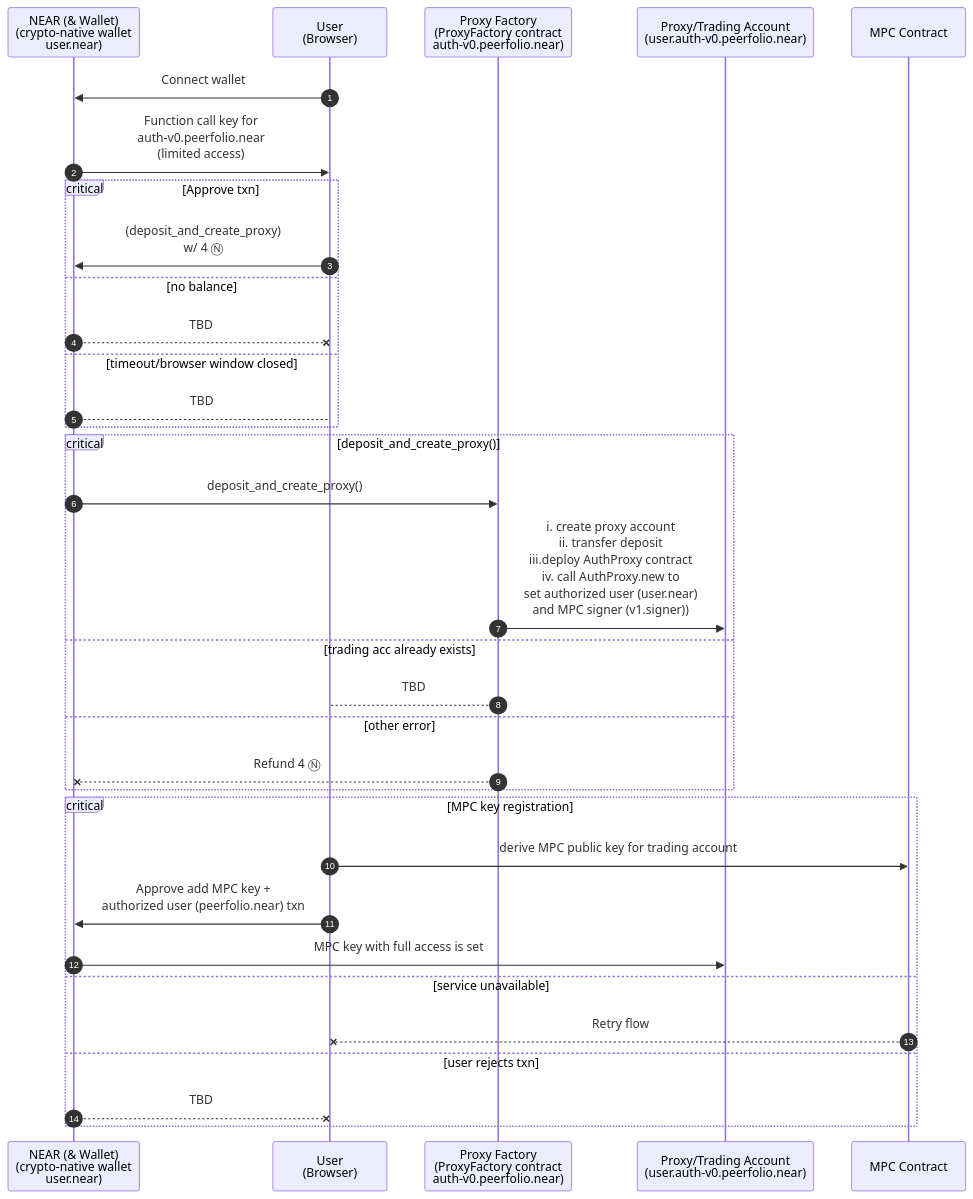
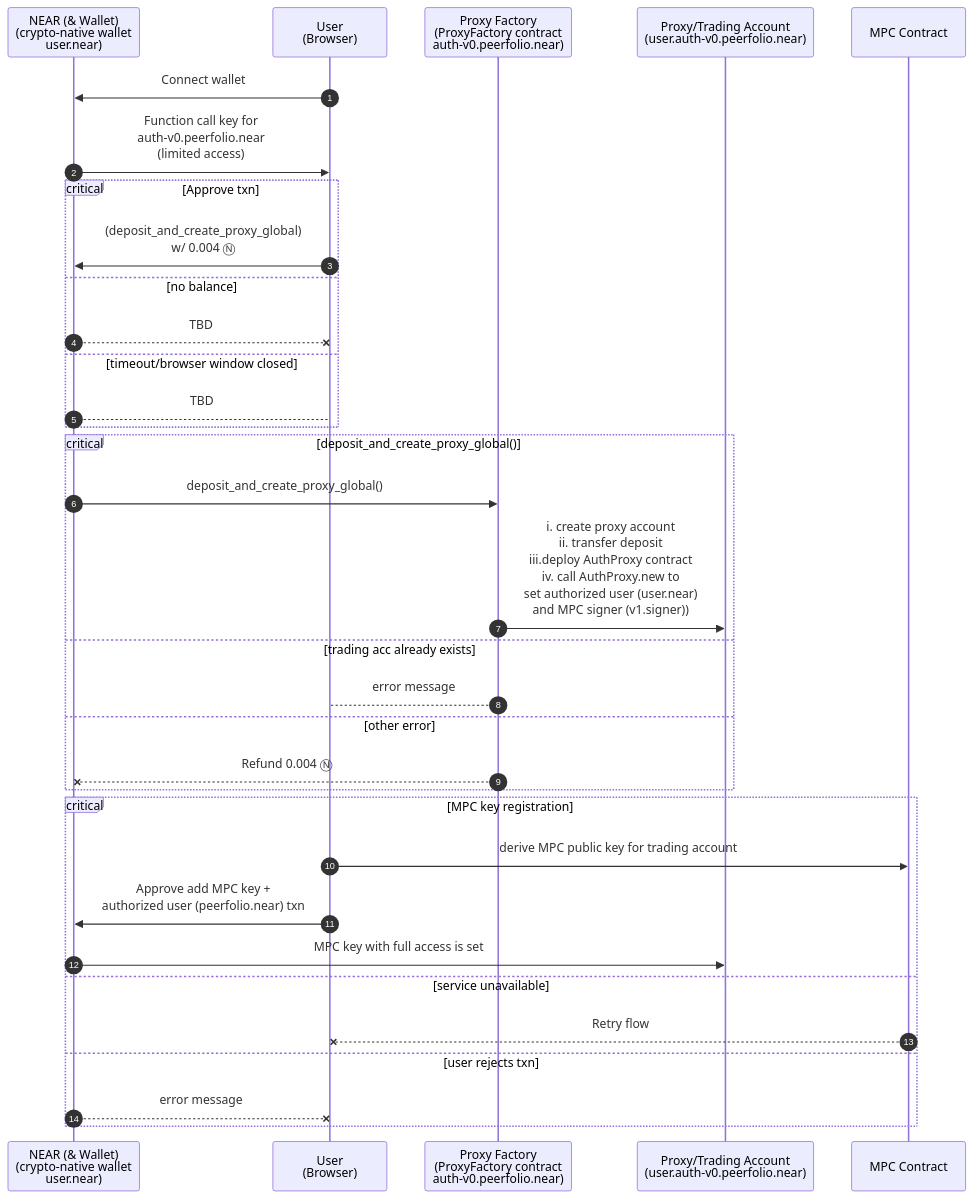
One commit to beneviolabs/ft-allowance-agent changed the first of 2 diagrams in README.md. Above: the diagram before and after it, drawn with Mermaid. The commit also changed other lines of this file, not shown here.

````diff
--- a/README.md
+++ b/README.md
@@ -29,37 +29,37 @@
   ```mermaid
 sequenceDiagram
     autonumber
     participant Wallet as NEAR (& Wallet) <br> (crypto-native wallet<br>user.near)
     participant User as User <br> (Browser)
     participant ProxyFac as Proxy Factory <br>(ProxyFactory contract<br>auth-v0.peerfolio.near)
     participant TradingAcc as Proxy/Trading Account <br>(user.auth-v0.peerfolio.near)
     participant MPC as MPC Contract
 
     User->>Wallet: Connect wallet
     Wallet->>User: Function call key for <br> auth-v0.peerfolio.near <br> (limited access)
     critical Approve txn
-        User->>Wallet: (deposit_and_create_proxy) <br> w/ 4 Ⓝ
+        User->>Wallet: (deposit_and_create_proxy_global) <br> w/ 0.004 Ⓝ
     option no balance
         Wallet--xUser: TBD
     option timeout/browser window closed
         Wallet-->User: TBD
     end
-    critical deposit_and_create_proxy()
-        Wallet->>ProxyFac: deposit_and_create_proxy()
+    critical deposit_and_create_proxy_global()
+        Wallet->>ProxyFac: deposit_and_create_proxy_global()
         ProxyFac->>TradingAcc: i. create proxy account<br>ii. transfer deposit<br>iii.deploy AuthProxy contract<br>iv. call AuthProxy.new to<br> set authorized user (user.near) <br> and MPC signer (v1.signer))
     option trading acc already exists
-        ProxyFac-->User: TBD
+        ProxyFac-->User: error message
     option other error
-        ProxyFac--xWallet: Refund 4 Ⓝ
+        ProxyFac--xWallet: Refund 0.004 Ⓝ
     end
 
     critical MPC key registration
         User->>MPC: derive MPC public key for trading account
         User->>Wallet: Approve add MPC key + <br> authorized user (peerfolio.near) txn
         Wallet->>TradingAcc: MPC key with full access is set
     option service unavailable
         MPC--xUser: Retry flow
     option user rejects txn
-        Wallet--xUser: TBD
+        Wallet--xUser: error message
     end
   ```
````
